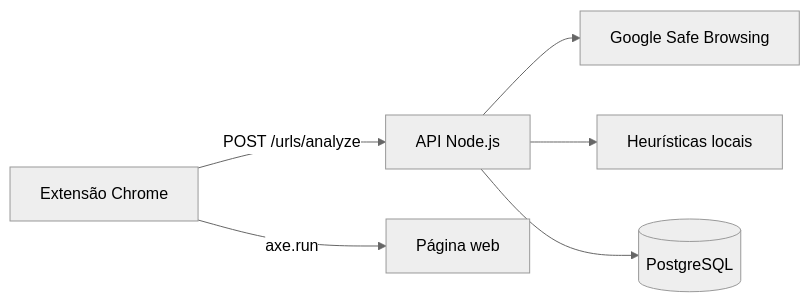
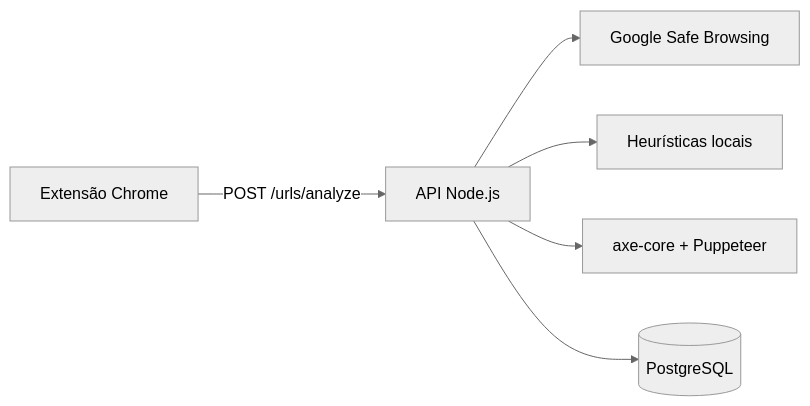
The diagram in README.md (Victor-Casagrande/verificador_golpe), drawn with Mermaid (neutral theme) before and after one commit. The commit also changed other lines of this file and 26 other files, not shown here.

Commit message:
feat: integrate axe-core for accessibility analysis and URL scoring

````diff
--- a/README.md
+++ b/README.md
@@ -15,8 +15,8 @@
 ```mermaid
 flowchart LR
     EXT[Extensão Chrome] -->|POST /urls/analyze| API[API Node.js]
     API --> GSB[Google Safe Browsing]
     API --> HEU[Heurísticas locais]
+    API --> AXE[axe-core + Puppeteer]
     API --> DB[(PostgreSQL)]
-    EXT -->|axe.run| PAGE[Página web]
 ```
````
